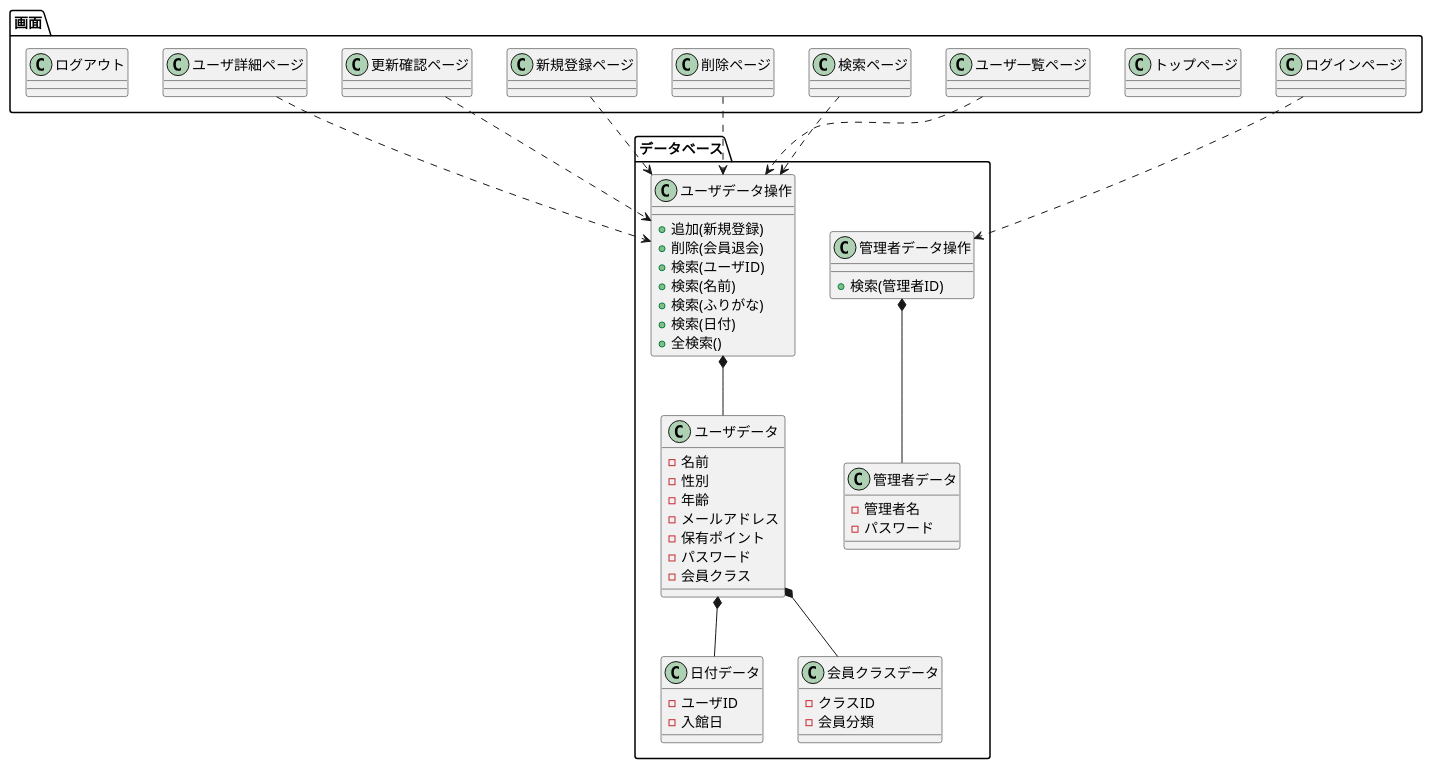
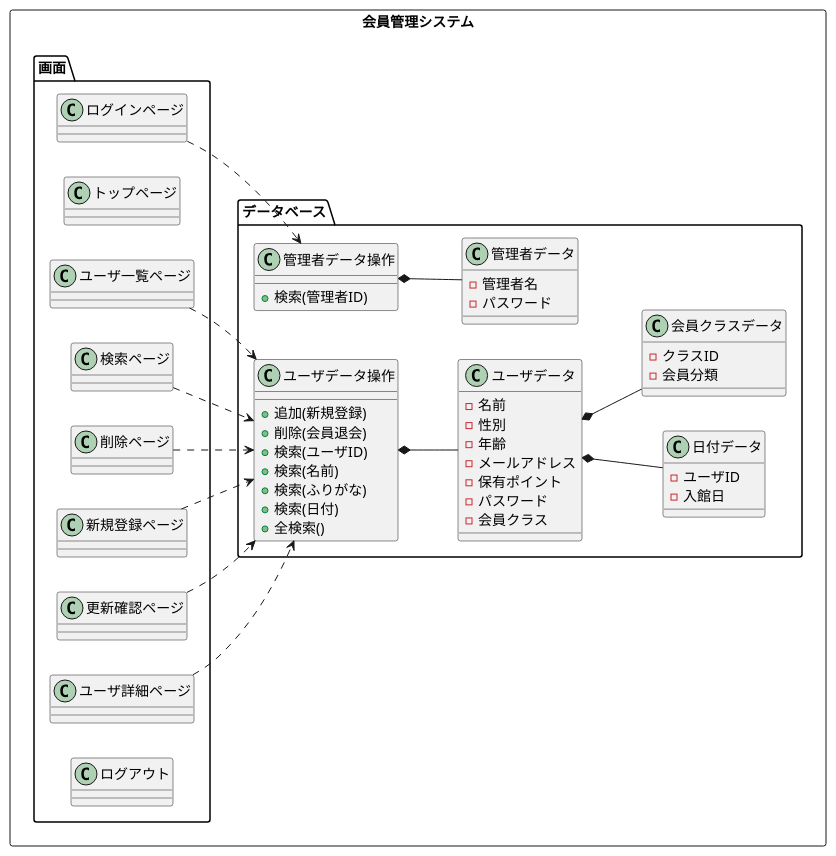
The diagram in uml/class_pp.pu (toufu66/ProjectC), drawn with PlantUML before and after one commit.

Commit message:
クラス図修正

```diff
--- a/uml/class_pp.pu
+++ b/uml/class_pp.pu
@@ -1,89 +1,92 @@
 @startuml
+left to right direction
+rectangle 会員管理システム{
 package 画面{
 	class ログインページ{
 
 	}
 	class トップページ{
 
 	}
 	class ユーザ一覧ページ{
 
 	}
 	class 検索ページ{
 
 	}
 	class 削除ページ{
 
 	}
 	class 新規登録ページ{
 
 	}
 	class 更新確認ページ{
 
 	}
 	class ユーザ詳細ページ{
 
 	}
 	class ログアウト{
 
 	}
 
 
 }
 
 package データベース{
 	class ユーザデータ操作{
 		+追加(新規登録)
 		+削除(会員退会)
 		+検索(ユーザID)
 		+検索(名前)
 		+検索(ふりがな)
 		+検索(日付)
 		+全検索()
 	}
 	class ユーザデータ{
 		-名前
 		-性別
 		-年齢
 		-メールアドレス
 		-保有ポイント
 		-パスワード
 		-会員クラス
 	}
 	class 管理者データ{
 		-管理者名
 		-パスワード
 	}
 	class 管理者データ操作{
 
 		+検索(管理者ID)
 
 	}
 	class 日付データ{
 		-ユーザID
 		-入館日
 
 	}
 	class 会員クラスデータ{
 		-クラスID
 		-会員分類
 
 	}
 
 }
 
 
 ログインページ ..> 管理者データ操作
 
 ユーザ一覧ページ ..> ユーザデータ操作
 新規登録ページ ..> ユーザデータ操作
 更新確認ページ ..> ユーザデータ操作
 削除ページ ..> ユーザデータ操作
 検索ページ ..> ユーザデータ操作
 ユーザ詳細ページ ..>ユーザデータ操作
 ユーザデータ操作 *--  ユーザデータ
 管理者データ操作 *--  管理者データ
 ユーザデータ *-- 日付データ
 ユーザデータ *-- 会員クラスデータ
 
+}
 @enduml
```
